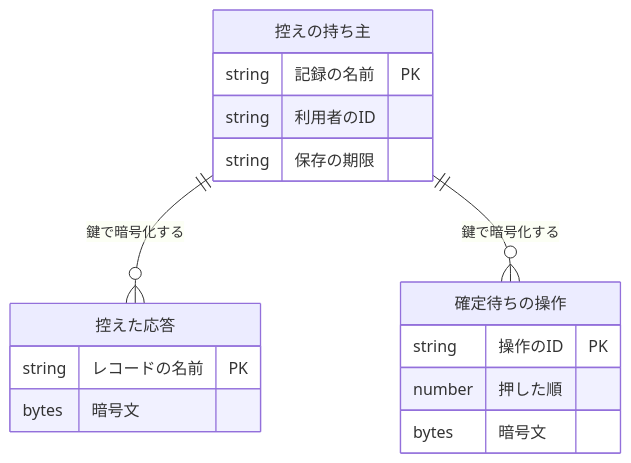
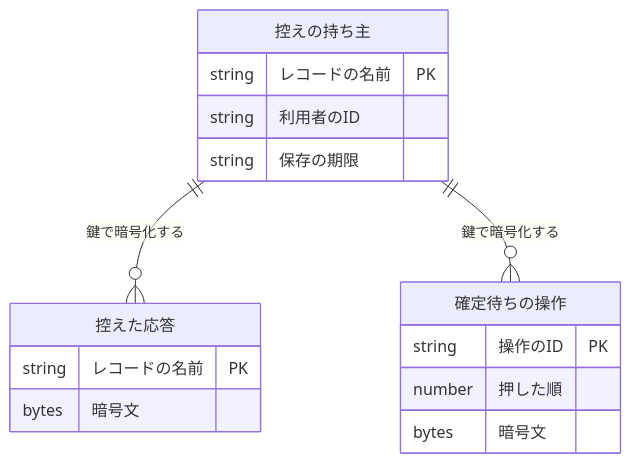
Before and after one commit to devbasex/ai-plugins: the third of 7 diagrams in issues/issue-2383-design.md, drawn with Mermaid. The commit also changed other lines of this file and 1 other file, not shown here.

````diff
--- a/issues/issue-2383-design.md
+++ b/issues/issue-2383-design.md
@@ -211,19 +215,19 @@
 ```mermaid
 erDiagram
     控えの持ち主 ||--o{ 控えた応答 : "鍵で暗号化する"
     控えの持ち主 ||--o{ 確定待ちの操作 : "鍵で暗号化する"
     控えの持ち主 {
-        string 記録の名前 PK
+        string レコードの名前 PK
         string 利用者のID
         string 保存の期限
     }
     控えた応答 {
         string レコードの名前 PK
         bytes 暗号文
     }
     確定待ちの操作 {
         string 操作のID PK
         number 押した順
         bytes 暗号文
     }
 ```
````
